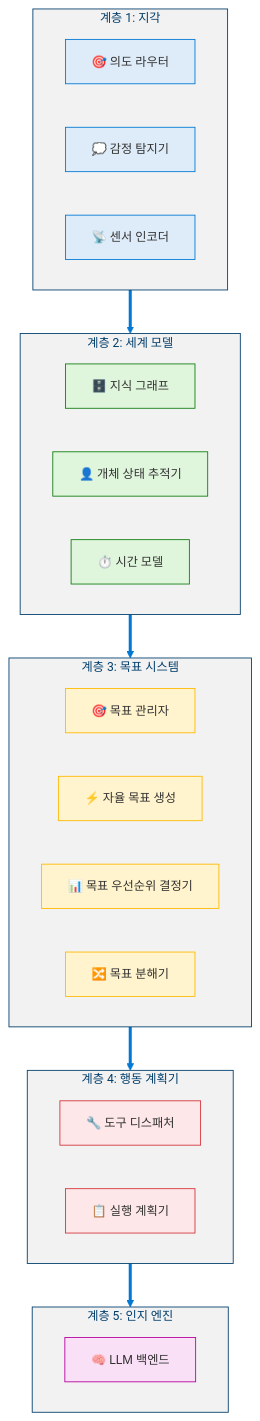
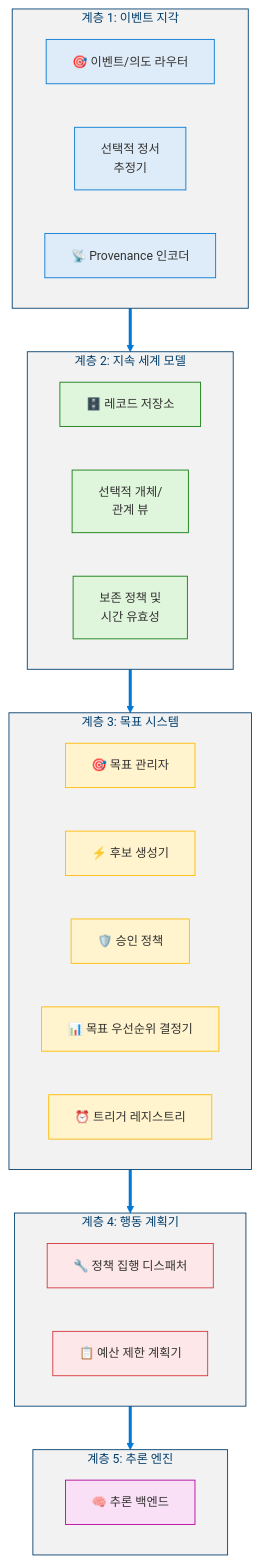
The first of 8 diagrams in docs/levels/Level_2_Autonomous_Agent.ko.md (dotnetpower/mscp), drawn with Mermaid before and after one commit. The commit also changed other lines of this file and 21 other files, not shown here.

````diff
--- a/docs/levels/Level_2_Autonomous_Agent.ko.md
+++ b/docs/levels/Level_2_Autonomous_Agent.ko.md
@@ -222,52 +282,53 @@
 ```mermaid
 %%{init: {'theme': 'base', 'themeVariables': {'primaryColor': '#0078D4', 'primaryTextColor': '#003D6B', 'primaryBorderColor': '#003D6B', 'secondaryColor': '#50E6FF', 'secondaryTextColor': '#323130', 'secondaryBorderColor': '#00BCF2', 'tertiaryColor': '#F2F2F2', 'tertiaryTextColor': '#323130', 'lineColor': '#0078D4', 'textColor': '#323130', 'mainBkg': '#DEECF9', 'nodeBorder': '#0078D4', 'clusterBkg': '#F2F2F2', 'clusterBorder': '#003D6B', 'titleColor': '#003D6B', 'edgeLabelBackground': '#FFFFFF', 'fontSize': '14px'}}}%%
 flowchart TD
   classDef perception fill:#0078D4,stroke:#003D6B,color:#FFF
   classDef perceptionLight fill:#DEECF9,stroke:#0078D4,color:#323130
   classDef world fill:#107C10,stroke:#085108,color:#FFF
   classDef worldLight fill:#DFF6DD,stroke:#107C10,color:#323130
   classDef goal fill:#FFB900,stroke:#CC9400,color:#323130
   classDef goalLight fill:#FFF4CE,stroke:#FFB900,color:#323130
   classDef action fill:#D13438,stroke:#A4262C,color:#FFF
   classDef actionLight fill:#FDE7E9,stroke:#D13438,color:#323130
   classDef cognitive fill:#B4009E,stroke:#8A0076,color:#FFF
   classDef cognitiveLight fill:#F9E0F7,stroke:#B4009E,color:#323130
 
-  subgraph PL["계층 1: 지각"]
+  subgraph PL["계층 1: 이벤트 지각"]
     direction LR
-    IR["🎯 의도 라우터"]:::perceptionLight
-    ED["💭 감정 탐지기"]:::perceptionLight
-    SE["📡 센서 인코더"]:::perceptionLight
+    IR["🎯 이벤트/의도 라우터"]:::perceptionLight
+    ED["선택적 정서<br/>추정기"]:::perceptionLight
+    SE["📡 Provenance 인코더"]:::perceptionLight
   end
 
-  subgraph WM["계층 2: 세계 모델"]
+  subgraph WM["계층 2: 지속 세계 모델"]
     direction LR
-    KG["🗄️ 지식 그래프"]:::worldLight
-    ES["👤 개체 상태 추적기"]:::worldLight
-    TM["⏱️ 시간 모델"]:::worldLight
+    KG["🗄️ 레코드 저장소"]:::worldLight
+    ES["선택적 개체/<br/>관계 뷰"]:::worldLight
+    TM["보존 정책 및<br/>시간 유효성"]:::worldLight
   end
 
   subgraph GS["계층 3: 목표 시스템"]
     direction LR
     GM["🎯 목표 관리자"]:::goalLight
-    AGG["⚡ 자율 목표 생성"]:::goalLight
+    AGG["⚡ 후보 생성기"]:::goalLight
+    GA["🛡️ 승인 정책"]:::goalLight
     GP["📊 목표 우선순위 결정기"]:::goalLight
-    GD["🔀 목표 분해기"]:::goalLight
+    GD["⏰ 트리거 레지스트리"]:::goalLight
   end
 
   subgraph AP["계층 4: 행동 계획기"]
     direction LR
-    TD["🔧 도구 디스패처"]:::actionLight
-    EP["📋 실행 계획기"]:::actionLight
+    TD["🔧 정책 집행 디스패처"]:::actionLight
+    EP["📋 예산 제한 계획기"]:::actionLight
   end
 
-  subgraph CE["계층 5: 인지 엔진"]
+  subgraph CE["계층 5: 추론 엔진"]
     direction LR
-    LLM["🧠 LLM 백엔드"]:::cognitiveLight
+    LLM["🧠 추론 백엔드"]:::cognitiveLight
   end
 
   PL ==> WM
   WM ==> GS
   GS ==> AP
   AP ==> CE
 ```
````
